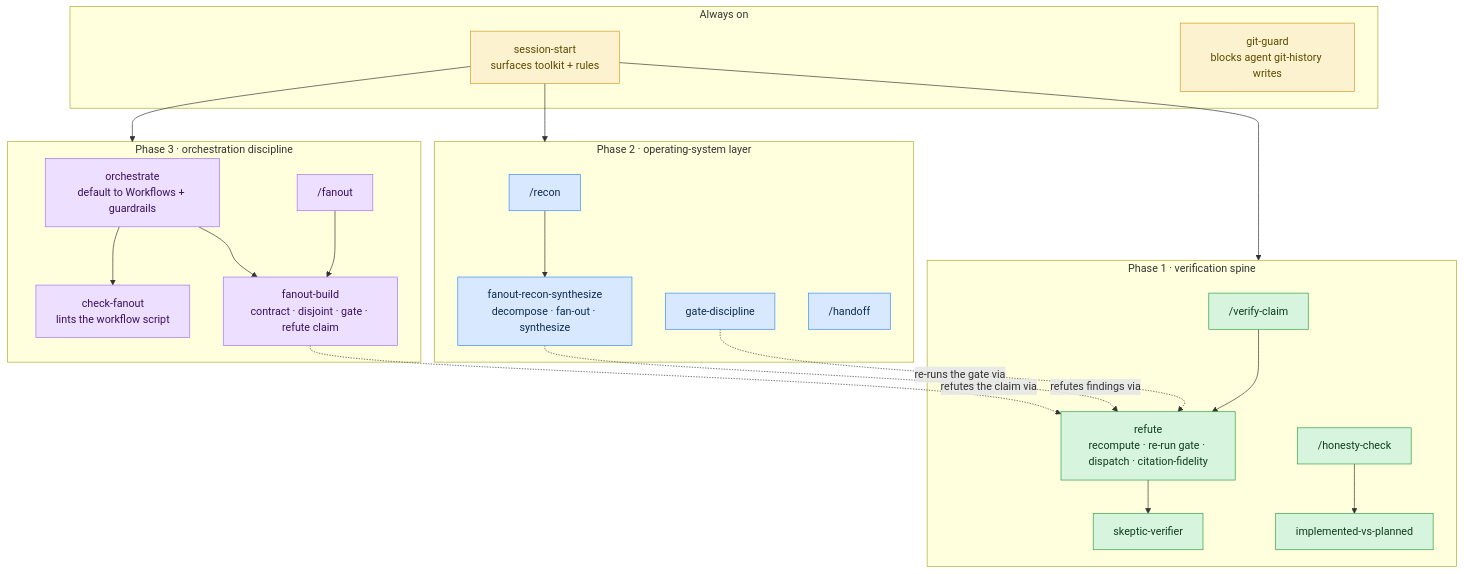
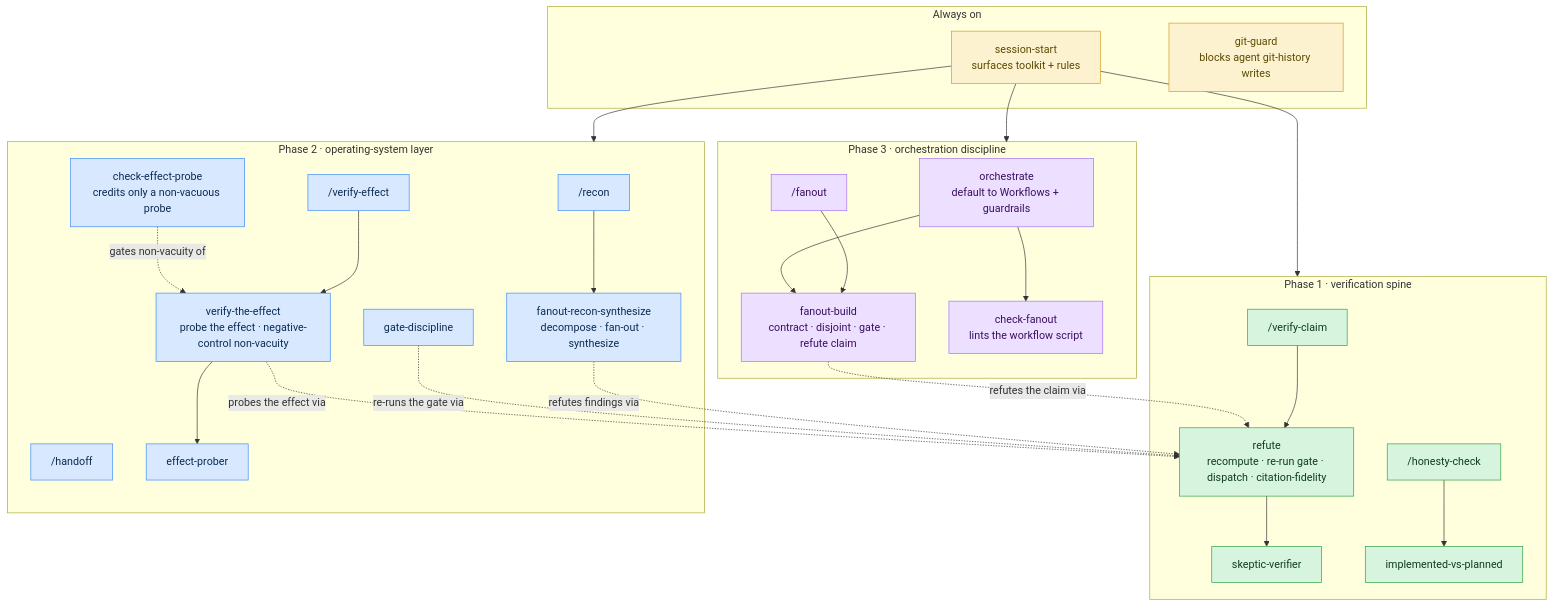
One commit to hossainpazooki/rigor changed the first of 3 diagrams in README.md. Above: the diagram before and after it, drawn with Mermaid. The commit also changed other lines of this file, not shown here.

Commit message:
docs(readme): weave verify-the-effect into the architecture diagram and sample run

````diff
--- a/README.md
+++ b/README.md
@@ -19,43 +19,48 @@
 ```mermaid
 graph TD
     subgraph always["Always on"]
         SS["session-start<br/>surfaces toolkit + rules"]
         GG["git-guard<br/>blocks agent git-history writes"]
     end
 
     subgraph spine["Phase 1 · verification spine"]
         VC["/verify-claim"] --> REF["refute<br/>recompute · re-run gate · dispatch · citation-fidelity"]
         REF --> SK["skeptic-verifier"]
         HC["/honesty-check"] --> IVP["implemented-vs-planned"]
     end
 
     subgraph osys["Phase 2 · operating-system layer"]
         RC["/recon"] --> FRS["fanout-recon-synthesize<br/>decompose · fan-out · synthesize"]
         GD["gate-discipline"]
         HO["/handoff"]
+        VE["/verify-effect"] --> VTE["verify-the-effect<br/>probe the effect · negative-control non-vacuity"]
+        VTE --> EP["effect-prober"]
+        CEP["check-effect-probe<br/>credits only a non-vacuous probe"]
     end
 
     subgraph orch["Phase 3 · orchestration discipline"]
         ORC["orchestrate<br/>default to Workflows + guardrails"]
         FO["/fanout"] --> FBS["fanout-build<br/>contract · disjoint · gate · refute claim"]
         CF["check-fanout<br/>lints the workflow script"]
     end
 
     SS --> spine
     SS --> osys
     SS --> orch
     ORC --> FBS
     ORC --> CF
     FRS -. refutes findings via .-> REF
     FBS -. refutes the claim via .-> REF
     GD -. re-runs the gate via .-> REF
+    VTE -. probes the effect via .-> REF
+    CEP -. gates non-vacuity of .-> VTE
 
     classDef always fill:#fdf2d0,stroke:#d29922,color:#5c4a00;
     classDef p1 fill:#d7f4de,stroke:#2ea043,color:#0f3d1e;
     classDef p2 fill:#d8e9ff,stroke:#388bfd,color:#0d2b52;
     classDef p3 fill:#ecdfff,stroke:#a371f7,color:#3a1060;
     class SS,GG always;
     class VC,REF,SK,HC,IVP p1;
-    class RC,FRS,GD,HO p2;
+    class RC,FRS,GD,HO,VE,VTE,EP,CEP p2;
     class ORC,FO,FBS,CF p3;
 ```
````
